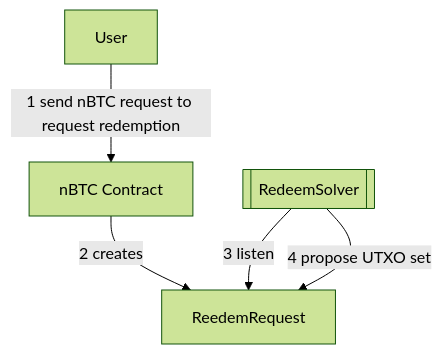
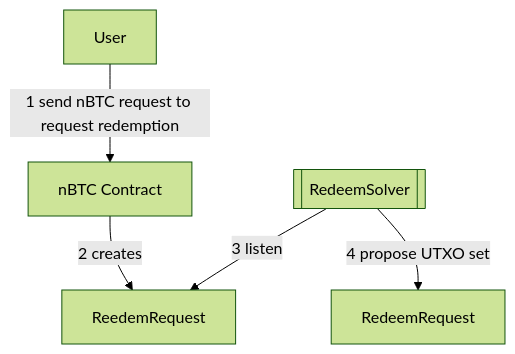
One commit to gonative-cc/workers changed the diagram in packages/redeem_solver/README.md. Above: the diagram before and after it, drawn with Mermaid (forest theme).

````diff
--- a/packages/redeem_solver/README.md
+++ b/packages/redeem_solver/README.md
@@ -11,9 +11,9 @@
 ```mermaid
 flowchart
     nBTCCtr[nBTC Contract]
     RS[[RedeemSolver]]
     User -- 1 send nBTC request to request redemption --> nBTCCtr
     nBTCCtr -- 2 creates --> ReedemRequest
     RS -- 3 listen --> ReedemRequest
-    RS -- 4 propose UTXO set --> ReedemRequest
+    RS -- 4 propose UTXO set --> RedeemRequest
 ```
````
